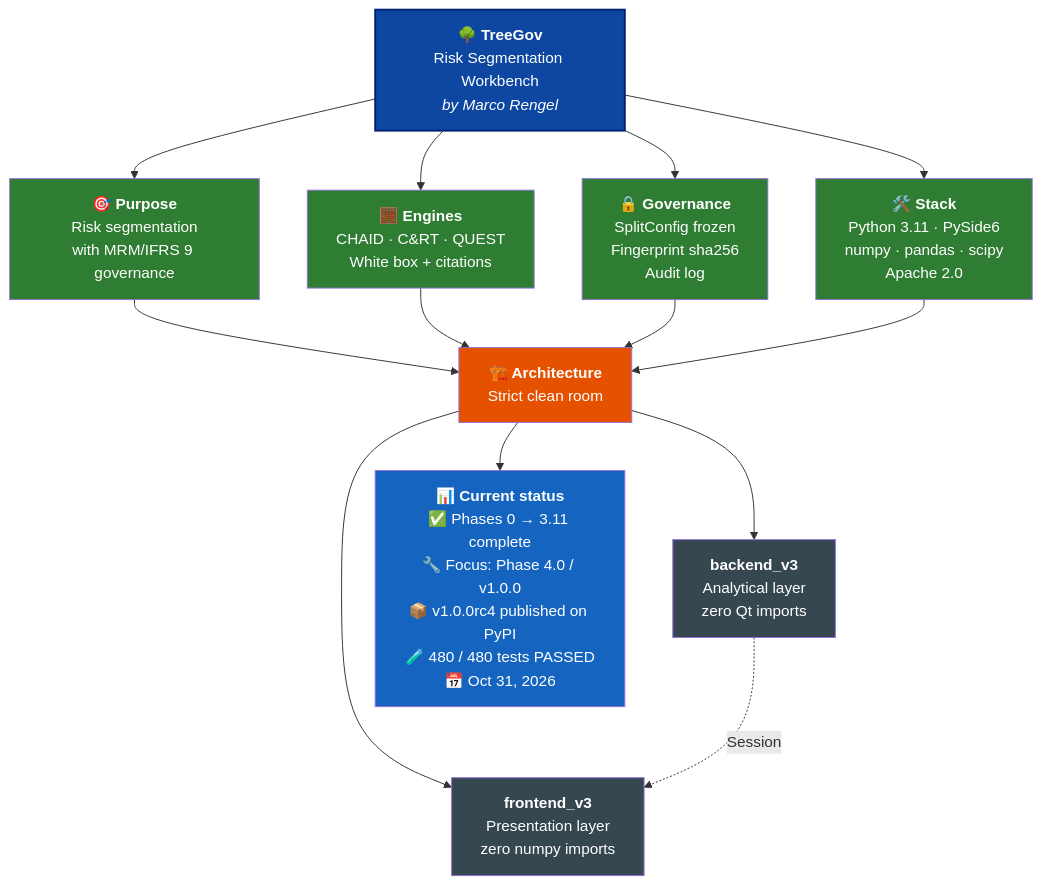
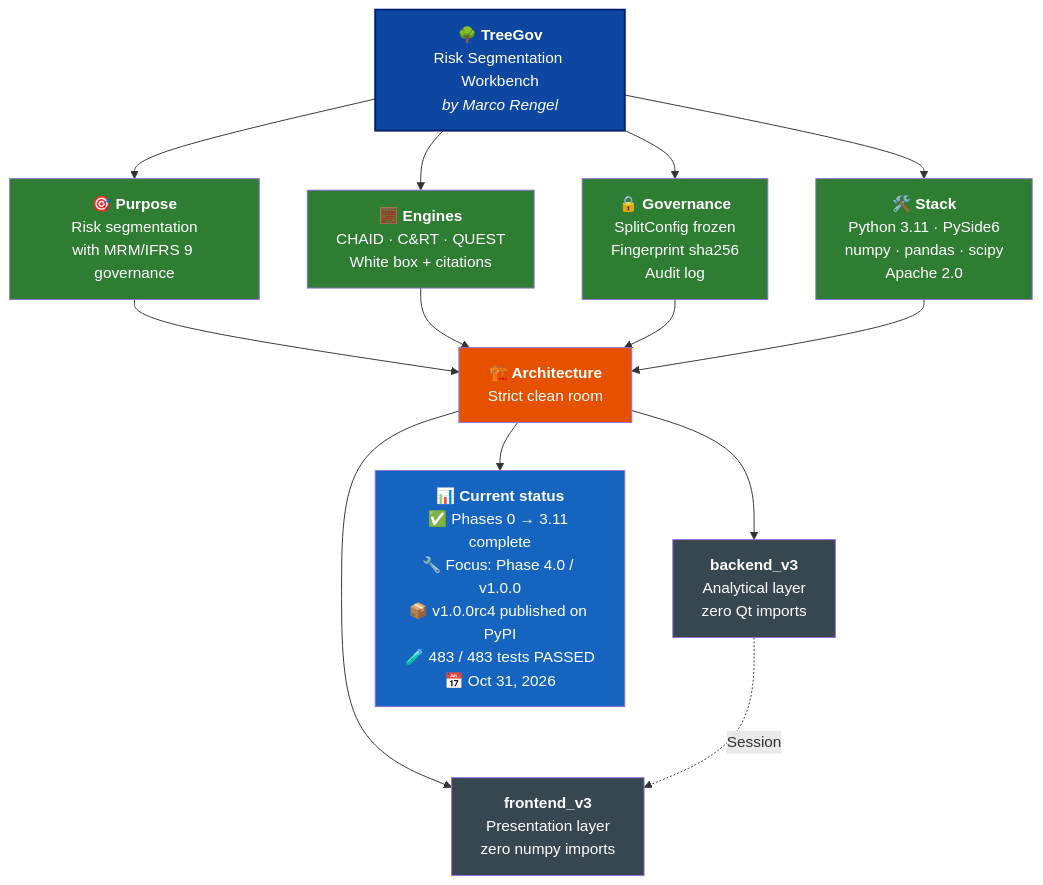
One commit to Marco-Rengel/treegov changed the diagram in README.md. Above: the diagram before and after it, drawn with Mermaid. The commit also changed other lines of this file and 1 other file, not shown here.

````diff
--- a/README.md
+++ b/README.md
@@ -38,31 +38,31 @@
 ```mermaid
 flowchart TB
     TG["<b>🌳 TreeGov</b><br/>Risk Segmentation Workbench<br/><i>by Marco Rengel</i>"]
 
     TG --> P["<b>🎯 Purpose</b><br/>Risk segmentation<br/>with MRM/IFRS 9 governance"]
     TG --> M["<b>🧮 Engines</b><br/>CHAID · C&RT · QUEST<br/>White box + citations"]
     TG --> G["<b>🔒 Governance</b><br/>SplitConfig frozen<br/>Fingerprint sha256<br/>Audit log"]
     TG --> S["<b>🛠️ Stack</b><br/>Python 3.11 · PySide6<br/>numpy · pandas · scipy<br/>Apache 2.0"]
 
     P --> ARQ["<b>🏗️ Architecture</b><br/>Strict clean room"]
     M --> ARQ
     G --> ARQ
     S --> ARQ
 
     ARQ --> BE["<b>backend_v3</b><br/>Analytical layer<br/>zero Qt imports"]
     ARQ --> FE["<b>frontend_v3</b><br/>Presentation layer<br/>zero numpy imports"]
 
     BE -.->|Session| FE
 
-    ARQ --> ST["<b>📊 Current status</b><br/>✅ Phases 0 → 3.11 complete<br/>🔧 Focus: Phase 4.0 / v1.0.0<br/>📦 v1.0.0rc4 published on PyPI<br/>🧪 480 / 480 tests PASSED<br/>📅 Oct 31, 2026"]
+    ARQ --> ST["<b>📊 Current status</b><br/>✅ Phases 0 → 3.11 complete<br/>🔧 Focus: Phase 4.0 / v1.0.0<br/>📦 v1.0.0rc4 published on PyPI<br/>🧪 483 / 483 tests PASSED<br/>📅 Oct 31, 2026"]
 
     style TG fill:#0D47A1,color:#fff,stroke:#002171,stroke-width:2px
     style P fill:#2E7D32,color:#fff
     style M fill:#2E7D32,color:#fff
     style G fill:#2E7D32,color:#fff
     style S fill:#2E7D32,color:#fff
     style ARQ fill:#E65100,color:#fff
     style BE fill:#37474F,color:#fff
     style FE fill:#37474F,color:#fff
     style ST fill:#1565C0,color:#fff
 ```
````
